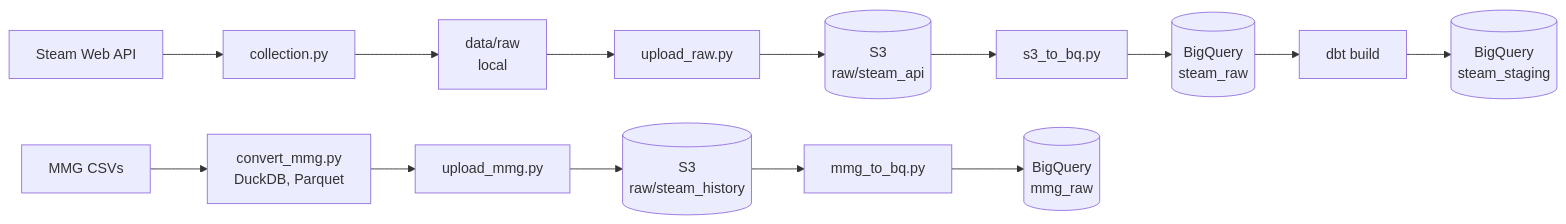
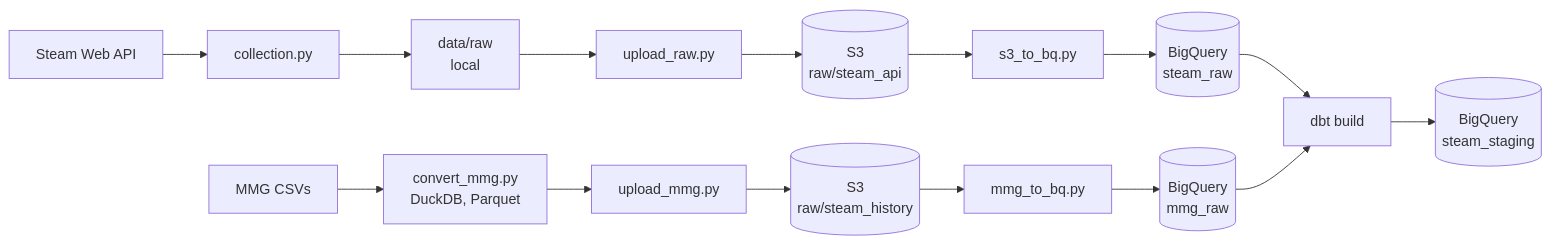
The diagram in Readme.md (Feasao/steam-pipeline), drawn with Mermaid before and after one commit. The commit also changed other lines of this file, not shown here.

````diff
--- a/Readme.md
+++ b/Readme.md
@@ -17,16 +17,17 @@
 ```mermaid
 flowchart LR
     A[Steam Web API] --> B[collection.py]
     B --> C[data/raw<br/>local]
     C --> D[upload_raw.py]
     D --> E[(S3<br/>raw/steam_api)]
     E --> F[s3_to_bq.py]
     F --> G[(BigQuery<br/>steam_raw)]
     G --> H[dbt build]
     H --> I[(BigQuery<br/>steam_staging)]
     M[MMG CSVs] --> N[convert_mmg.py<br/>DuckDB, Parquet]
     N --> O[upload_mmg.py]
     O --> P[(S3<br/>raw/steam_history)]
     P --> Q[mmg_to_bq.py]
     Q --> R[(BigQuery<br/>mmg_raw)]
+    R --> H
 ```
````
